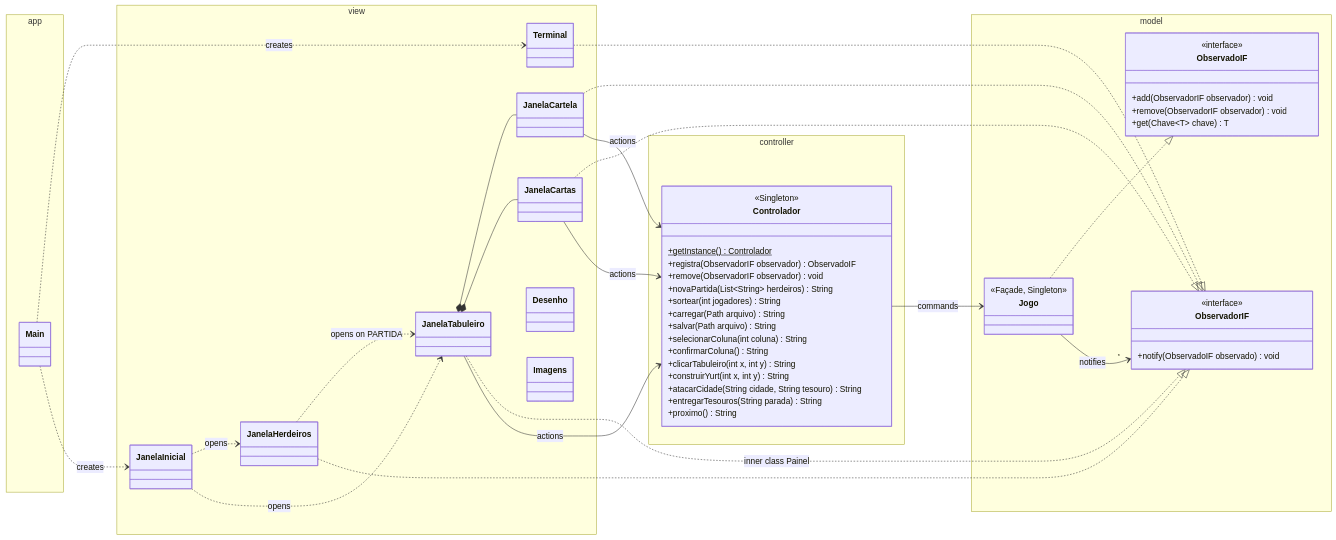
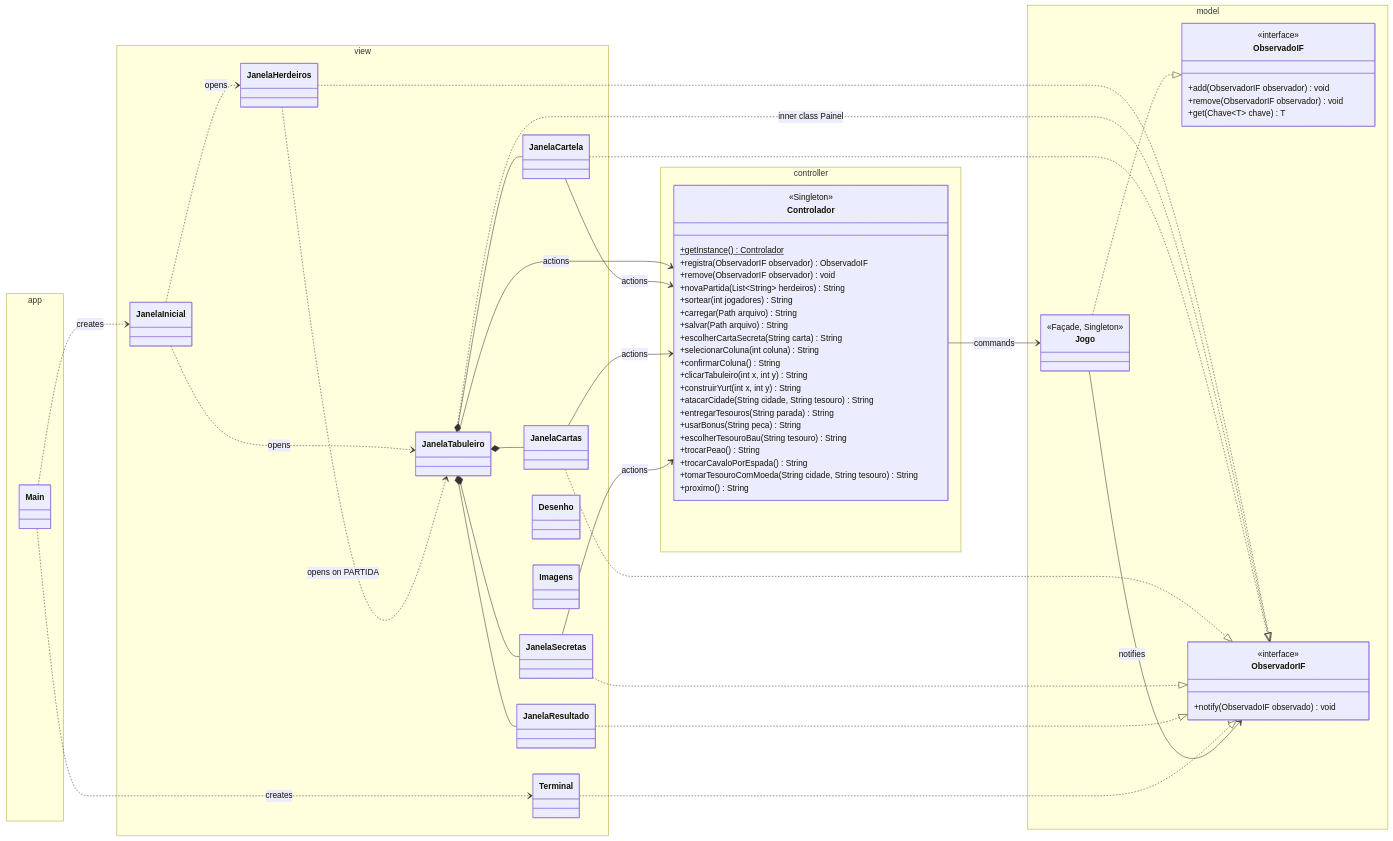
The first of 3 diagrams in docs/diagrama.md (LucasSouzaMM/Herdeiros_do_khan_POO), drawn with Mermaid before and after one commit. The commit also changed other lines of this file and 52 other files, not shown here.

```diff
--- a/docs/diagrama.md
+++ b/docs/diagrama.md
@@ -42,12 +44,18 @@
             +sortear(int jogadores) String
             +carregar(Path arquivo) String
             +salvar(Path arquivo) String
+            +escolherCartaSecreta(String carta) String
             +selecionarColuna(int coluna) String
             +confirmarColuna() String
             +clicarTabuleiro(int x, int y) String
             +construirYurt(int x, int y) String
             +atacarCidade(String cidade, String tesouro) String
             +entregarTesouros(String parada) String
+            +usarBonus(String peca) String
+            +escolherTesouroBau(String tesouro) String
+            +trocarPeao() String
+            +trocarCavaloPorEspada() String
+            +tomarTesouroComMoeda(String cidade, String tesouro) String
             +proximo() String
         }
     }
@@ -72,6 +80,8 @@
         class JanelaTabuleiro
         class JanelaCartela
         class JanelaCartas
+        class JanelaSecretas
+        class JanelaResultado
         class Terminal
         class Desenho
         class Imagens
@@ -84,14 +94,19 @@
     JanelaHerdeiros ..> JanelaTabuleiro : opens on PARTIDA
     JanelaTabuleiro *-- JanelaCartela
     JanelaTabuleiro *-- JanelaCartas
+    JanelaTabuleiro *-- JanelaSecretas
+    JanelaTabuleiro *-- JanelaResultado
     JanelaHerdeiros ..|> ObservadorIF
     JanelaTabuleiro ..|> ObservadorIF : inner class Painel
     JanelaCartela ..|> ObservadorIF
     JanelaCartas ..|> ObservadorIF
+    JanelaSecretas ..|> ObservadorIF
+    JanelaResultado ..|> ObservadorIF
     Terminal ..|> ObservadorIF
     JanelaTabuleiro --> Controlador : actions
     JanelaCartela --> Controlador : actions
     JanelaCartas --> Controlador : actions
+    JanelaSecretas --> Controlador : actions
     Controlador --> Jogo : commands
     Jogo ..|> ObservadoIF
     Jogo --> "*" ObservadorIF : notifies
```
